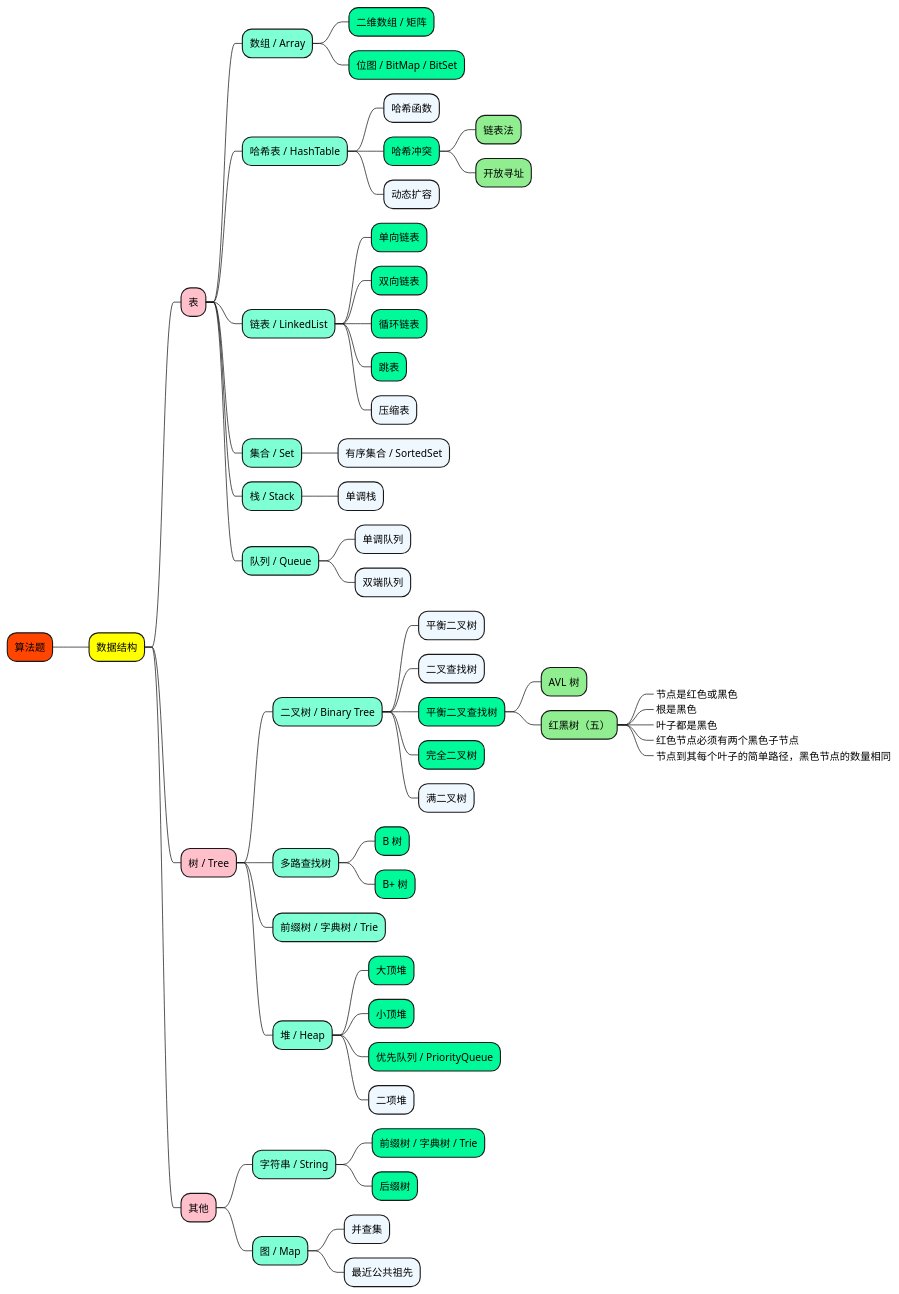
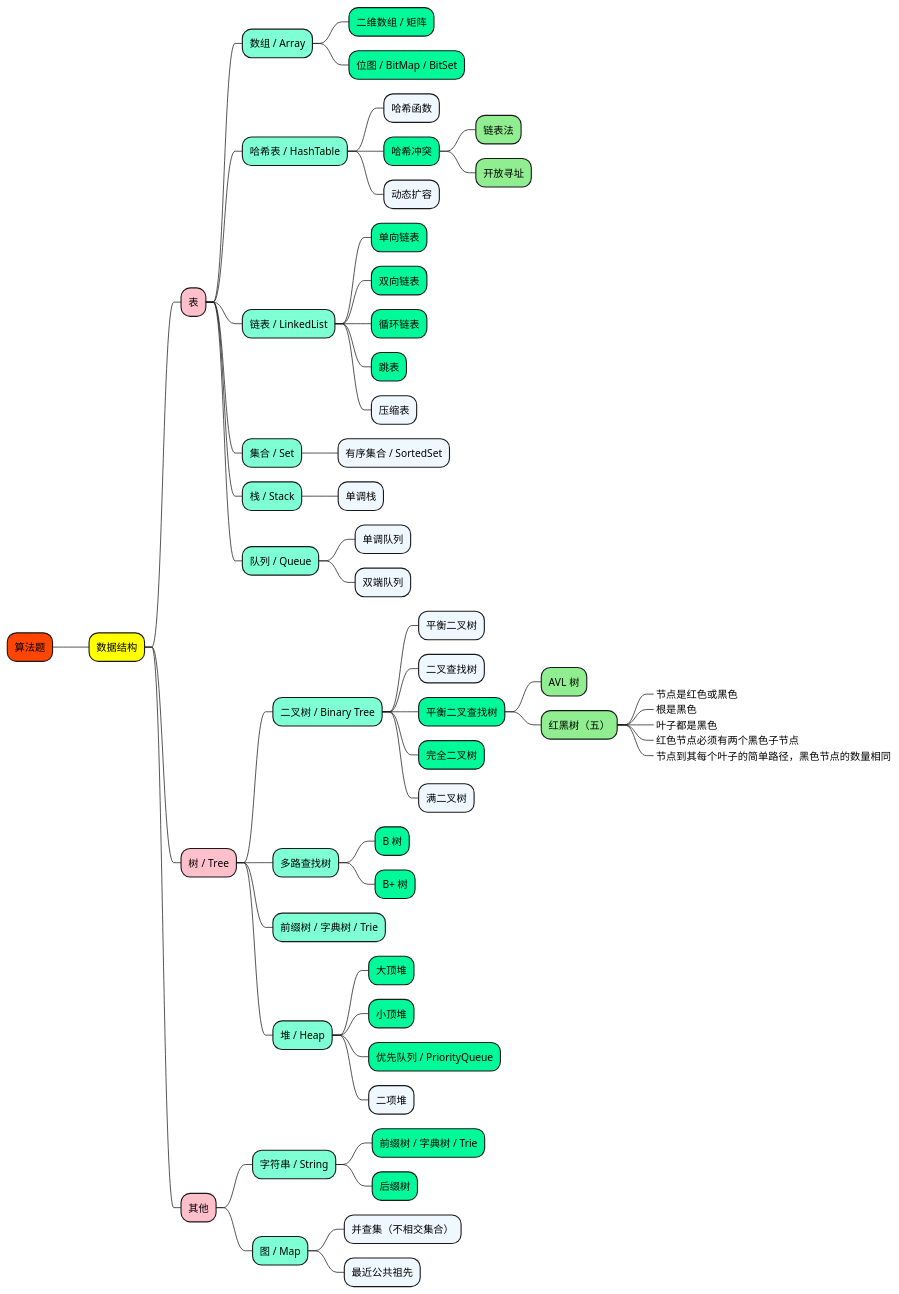
The diagram in 1_map/algorithm/AlgorithmProblem-数据结构.puml (doveg/self-cultivation-of-a-software-engineer), drawn with PlantUML before and after one commit. The commit also changed 6 other files, not shown here.

```diff
--- a/1_map/algorithm/AlgorithmProblem-数据结构.puml
+++ b/1_map/algorithm/AlgorithmProblem-数据结构.puml
@@ -1,77 +1,77 @@
 @startmindmap
 
 +[#OrangeRed] 算法题
 
 ++[#yellow] 数据结构
 
 +++[#Pink] 表
 
 ++++[#Aquamarine] 数组 / Array
 +++++[#MediumSpringGreen] 二维数组 / 矩阵
 +++++[#MediumSpringGreen] 位图 / BitMap / BitSet
 
 ++++[#Aquamarine] 哈希表 / HashTable
 +++++[#AliceBlue] 哈希函数
 +++++[#MediumSpringGreen] 哈希冲突
 ++++++[#LightGreen] 链表法
 ++++++[#LightGreen] 开放寻址
 +++++[#AliceBlue] 动态扩容
 
 ++++[#Aquamarine] 链表 / LinkedList
 +++++[#MediumSpringGreen] 单向链表
 +++++[#MediumSpringGreen] 双向链表
 +++++[#MediumSpringGreen] 循环链表
 +++++[#MediumSpringGreen] 跳表
 +++++[#AliceBlue] 压缩表
 
 ++++[#Aquamarine] 集合 / Set
 +++++[#AliceBlue] 有序集合 / SortedSet
 
 ++++[#Aquamarine] 栈 / Stack
 +++++[#AliceBlue] 单调栈
 
 ++++[#Aquamarine] 队列 / Queue
 +++++[#AliceBlue] 单调队列
 +++++[#AliceBlue] 双端队列
 
 
 +++[#Pink] 树 / Tree
 
 ++++[#Aquamarine] 二叉树 / Binary Tree
 +++++[#AliceBlue] 平衡二叉树
 +++++[#AliceBlue] 二叉查找树
 +++++[#MediumSpringGreen] 平衡二叉查找树
 ++++++[#LightGreen] AVL 树
 ++++++[#LightGreen] 红黑树（五）
 +++++++[#Aquamarine]_ 节点是红色或黑色
 +++++++[#Aquamarine]_ 根是黑色
 +++++++[#Aquamarine]_ 叶子都是黑色
 +++++++[#Aquamarine]_ 红色节点必须有两个黑色子节点
 +++++++[#Aquamarine]_ 节点到其每个叶子的简单路径，黑色节点的数量相同
 +++++[#MediumSpringGreen] 完全二叉树
 +++++[#AliceBlue] 满二叉树
 
 ++++[#Aquamarine] 多路查找树
 +++++[#MediumSpringGreen] B 树
 +++++[#MediumSpringGreen] B+ 树
 ++++[#Aquamarine] 前缀树 / 字典树 / Trie
 
 ++++[#Aquamarine] 堆 / Heap
 +++++[#MediumSpringGreen] 大顶堆
 +++++[#MediumSpringGreen] 小顶堆
 +++++[#MediumSpringGreen] 优先队列 / PriorityQueue
 +++++[#AliceBlue] 二项堆
 
 
 +++[#Pink] 其他
 
 ++++[#Aquamarine] 字符串 / String
 +++++[#MediumSpringGreen] 前缀树 / 字典树 / Trie
 +++++[#MediumSpringGreen] 后缀树
 
 ++++[#Aquamarine] 图 / Map
-+++++[#AliceBlue] 并查集
++++++[#AliceBlue] 并查集（不相交集合）
 +++++[#AliceBlue] 最近公共祖先
 
 
 @endmindmap
```
